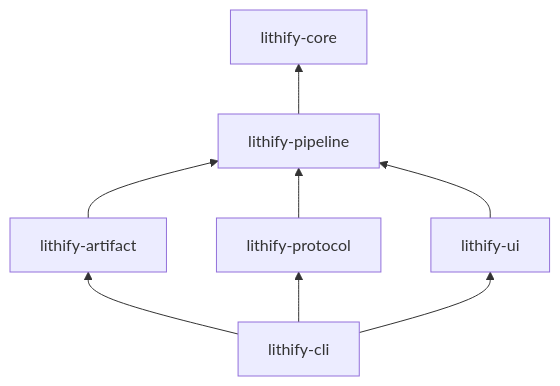
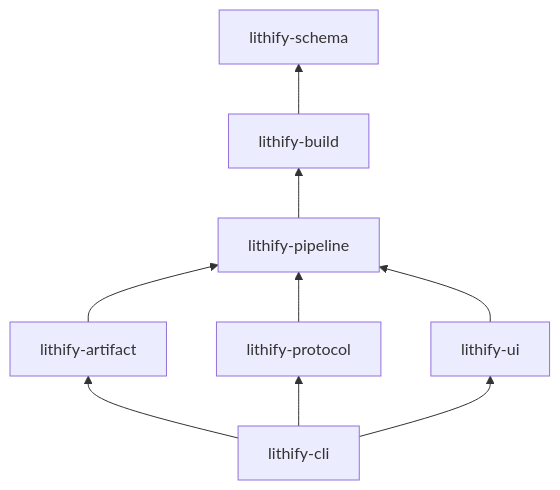
One commit to hayas1/lithify changed the first of 2 diagrams in doc/architecture.md. Above: the diagram before and after it, drawn with Mermaid. The commit also changed other lines of this file and 1 other file, not shown here.

First line of the commit message:
Map lithify-schema and lithify-build and why the schema stays apart

````diff
--- a/doc/architecture.md
+++ b/doc/architecture.md
@@ -23,10 +24,11 @@
 ```mermaid
 flowchart BT
-    pipeline[lithify-pipeline] --> core[lithify-core]
+    pipeline[lithify-pipeline] --> build[lithify-build]
+    build --> schema[lithify-schema]
     artifact[lithify-artifact] --> pipeline
     protocol[lithify-protocol] --> pipeline
     ui[lithify-ui] --> pipeline
     cli[lithify-cli] --> artifact
     cli --> protocol
     cli --> ui
 ```
````
